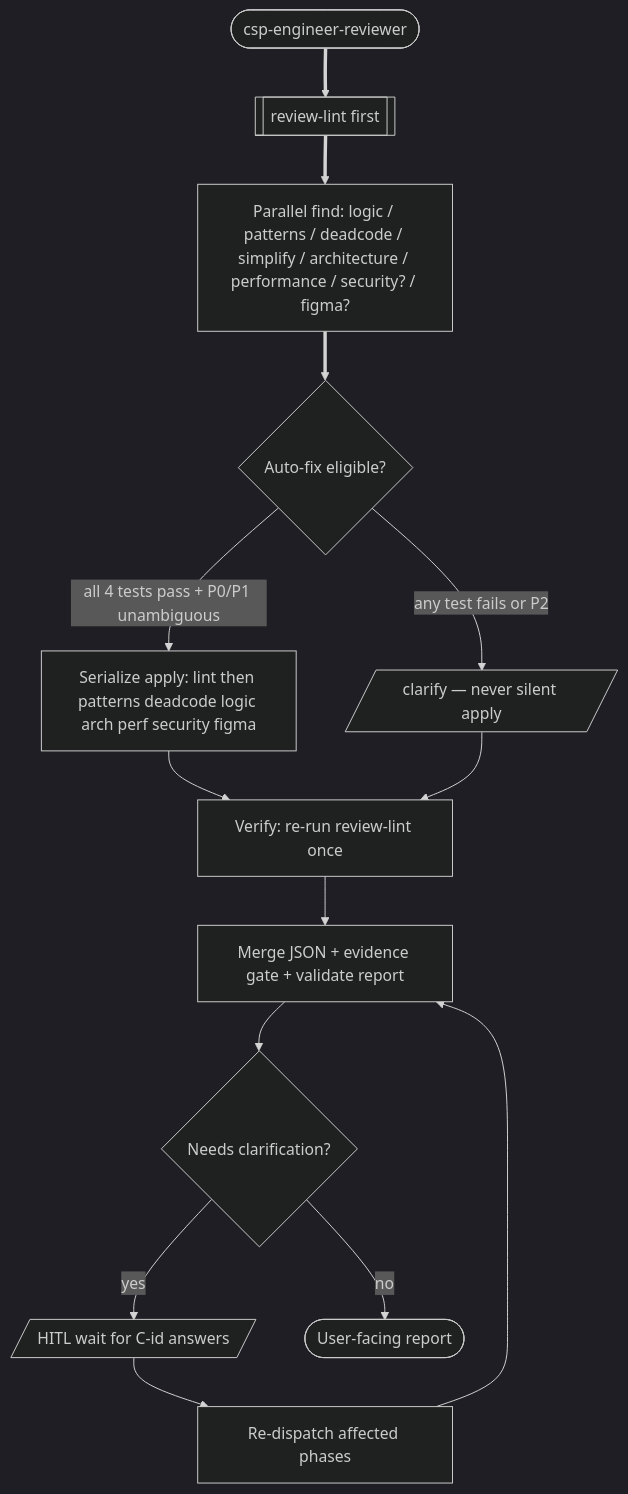
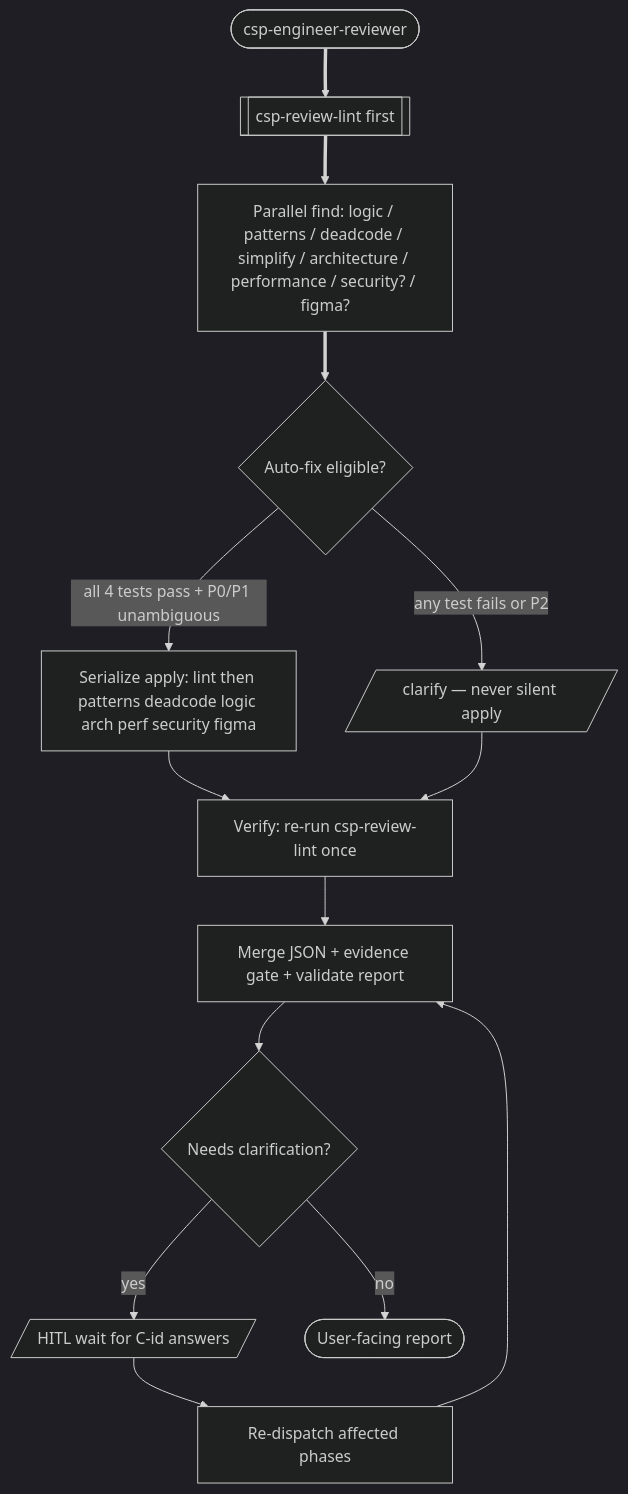
Before and after one commit to a-trembak/cursor-spells: the eighth of 14 diagrams in docs/superpowers/pipeline-flow.md, drawn with Mermaid (dark theme). The commit also changed other lines of this file and 1 other file, not shown here.

First line of the commit message:
Prefix Mermaid and canvas agent labels with csp-.

````diff
--- a/docs/superpowers/pipeline-flow.md
+++ b/docs/superpowers/pipeline-flow.md
@@ -405,29 +405,29 @@
 ```mermaid
 flowchart TD
   orch(["csp-engineer-reviewer"])
-  lint[["review-lint first"]]
+  lint[["csp-review-lint first"]]
   parallelFind["Parallel find: logic / patterns / deadcode / simplify / architecture / performance / security? / figma?"]
   autofix{Auto-fix eligible?}
   apply["Serialize apply: lint then patterns deadcode logic arch perf security figma"]
   clarifyItem[/"clarify — never silent apply"/]
-  verifyLint["Verify: re-run review-lint once"]
+  verifyLint["Verify: re-run csp-review-lint once"]
   merge["Merge JSON + evidence gate + validate report"]
   needsClarify{Needs clarification?}
   waitHitl[/"HITL wait for C-id answers"/]
   redispatch["Re-dispatch affected phases"]
   report(["User-facing report"])
 
   orch ==> lint
   lint ==> parallelFind
   parallelFind ==> autofix
   autofix -->|"all 4 tests pass + P0/P1 unambiguous"| apply
   autofix -->|"any test fails or P2"| clarifyItem
   apply --> verifyLint
   clarifyItem --> verifyLint
   verifyLint --> merge
   merge --> needsClarify
   needsClarify -->|"yes"| waitHitl
   waitHitl --> redispatch
   redispatch --> merge
   needsClarify -->|"no"| report
 ```
````
